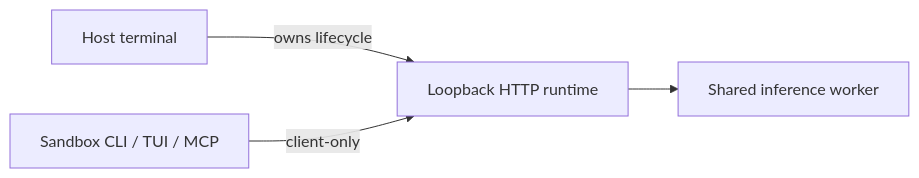
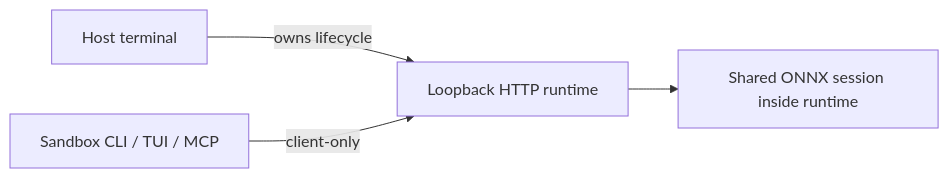
The diagram in docs/runtime.md (risense-ai/respire-cli), drawn with Mermaid before and after one commit. The commit also changed other lines of this file and 11 other files, not shown here.

````diff
--- a/docs/runtime.md
+++ b/docs/runtime.md
@@ -3,6 +3,6 @@
 ```mermaid
 flowchart LR
   Host[Host terminal] -->|owns lifecycle| Runtime[Loopback HTTP runtime]
   Sandbox[Sandbox CLI / TUI / MCP] -->|client-only| Runtime
-  Runtime --> Worker[Shared inference worker]
+  Runtime --> Inference[Shared ONNX session inside runtime]
 ```
````
